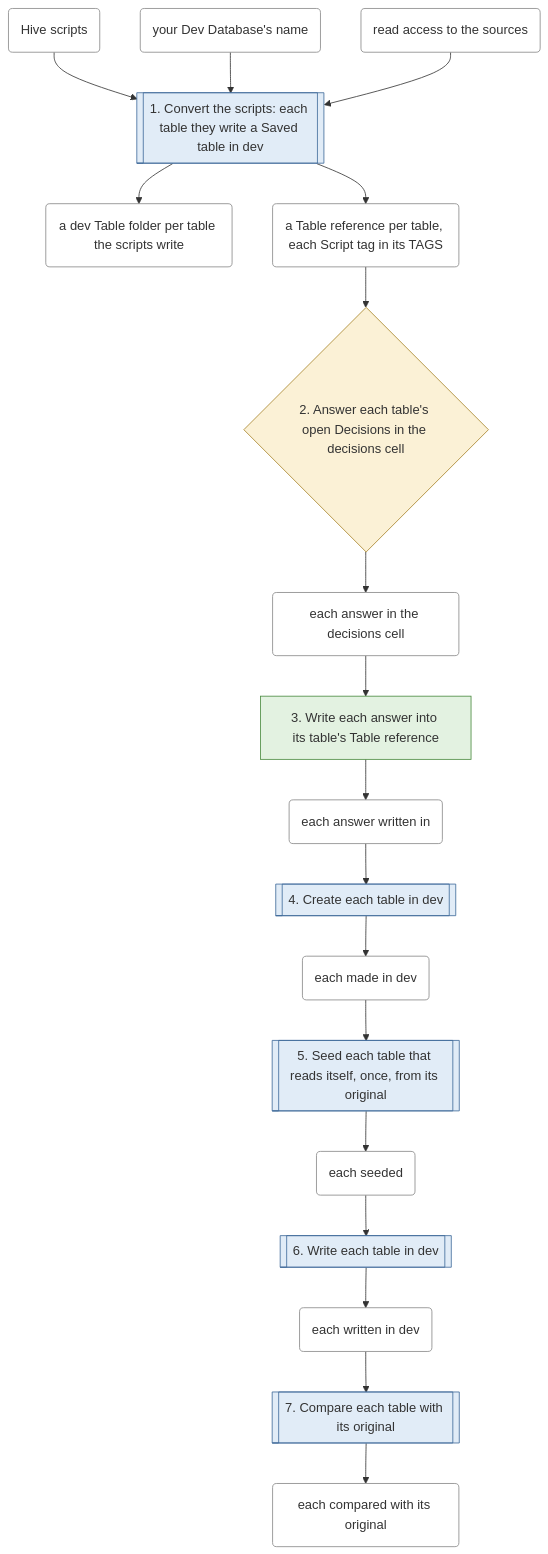
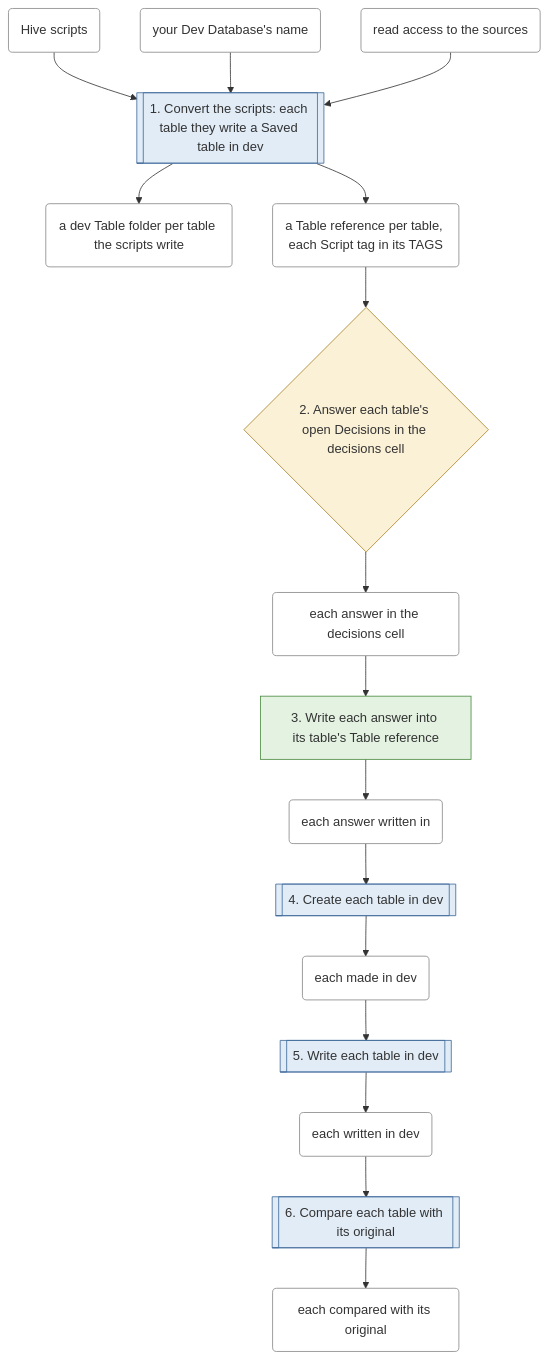
One commit to EdgyPage/SQL-Composer changed the second of 9 diagrams in docs/clean-branch-readme.md. Above: the diagram before and after it, drawn with Mermaid. The commit also changed other lines of this file and 44 other files, not shown here.

First line of the commit message:
feat(8.10): every History table seeded once before its first write, limited by {"months": N} (toolbox-8-10 ticket 05)

````diff
--- a/docs/clean-branch-readme.md
+++ b/docs/clean-branch-readme.md
@@ -1019,42 +1019,38 @@
 ```mermaid
 flowchart TD
     s0[["1. Convert the scripts: each table they write a Saved table in dev"]]:::warehouse_call
     s1{"2. Answer each table's open Decisions in the decisions cell"}:::your_decision
     s2["3. Write each answer into its table's Table reference"]:::files_only
     s3[["4. Create each table in dev"]]:::warehouse_call
-    s4[["5. Seed each table that reads itself, once, from its original"]]:::warehouse_call
-    s5[["6. Write each table in dev"]]:::warehouse_call
-    s6[["7. Compare each table with its original"]]:::warehouse_call
+    s4[["5. Write each table in dev"]]:::warehouse_call
+    s5[["6. Compare each table with its original"]]:::warehouse_call
     t0("Hive scripts"):::thing
     t1("your Dev Database's name"):::thing
     t2("read access to the sources"):::thing
     t3("a dev Table folder per table the scripts write"):::thing
     t4("a Table reference per table, each Script tag in its TAGS"):::thing
     t5("each answer in the decisions cell"):::thing
     t6("each answer written in"):::thing
     t7("each made in dev"):::thing
-    t8("each seeded"):::thing
-    t9("each written in dev"):::thing
-    t10("each compared with its original"):::thing
+    t8("each written in dev"):::thing
+    t9("each compared with its original"):::thing
     t0 --> s0
     t1 --> s0
     t2 --> s0
     s0 --> t3
     s0 --> t4
     t4 --> s1
     s1 --> t5
     t5 --> s2
     s2 --> t6
     t6 --> s3
     s3 --> t7
     t7 --> s4
     s4 --> t8
     t8 --> s5
     s5 --> t9
-    t9 --> s6
-    s6 --> t10
     classDef files_only fill:#e3f2e1,stroke:#4a8a3f
     classDef warehouse_call fill:#e1ecf7,stroke:#3f6a9a
     classDef your_decision fill:#fbf1d6,stroke:#a8842a
     classDef thing fill:#ffffff,stroke:#888888
 ```
````
